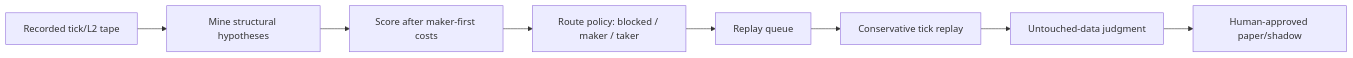
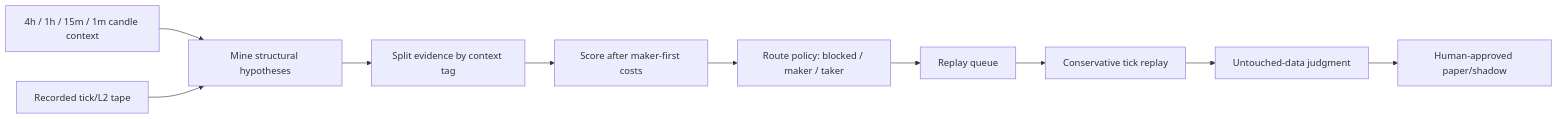
One commit to vikkl1990/vnedge changed the diagram in docs/ALPHA_FACTORY.md. Above: the diagram before and after it, drawn with Mermaid. The commit also changed other lines of this file and 20 other files, not shown here.

````diff
--- a/docs/ALPHA_FACTORY.md
+++ b/docs/ALPHA_FACTORY.md
@@ -9,10 +9,12 @@
 ```mermaid
 flowchart LR
+    Context["4h / 1h / 15m / 1m candle context"] --> Mine["Mine structural hypotheses"]
     Tape["Recorded tick/L2 tape"] --> Mine["Mine structural hypotheses"]
-    Mine --> Cost["Score after maker-first costs"]
+    Mine --> Tags["Split evidence by context tag"]
+    Tags --> Cost["Score after maker-first costs"]
     Cost --> Route["Route policy: blocked / maker / taker"]
     Route --> Queue["Replay queue"]
     Queue --> Replay["Conservative tick replay"]
     Replay --> Judgment["Untouched-data judgment"]
     Judgment --> Paper["Human-approved paper/shadow"]
 ```
````
